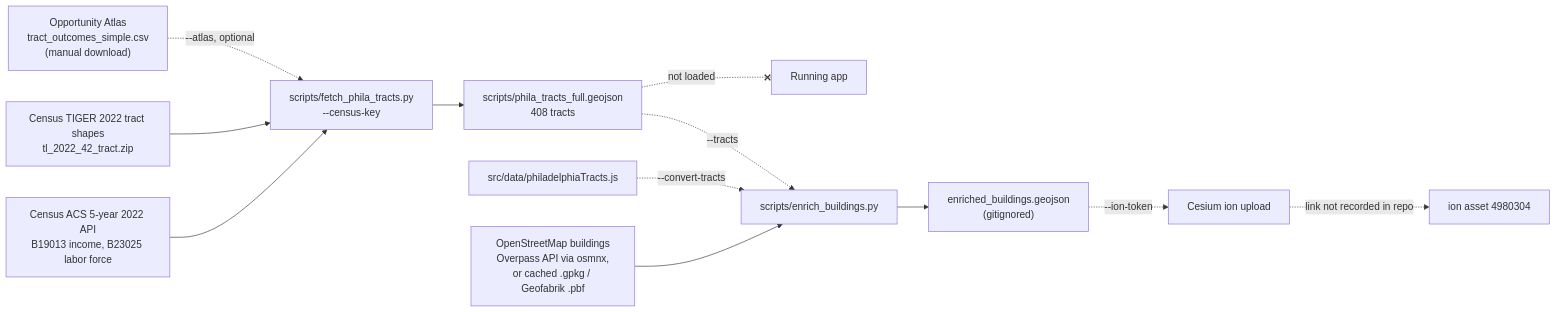
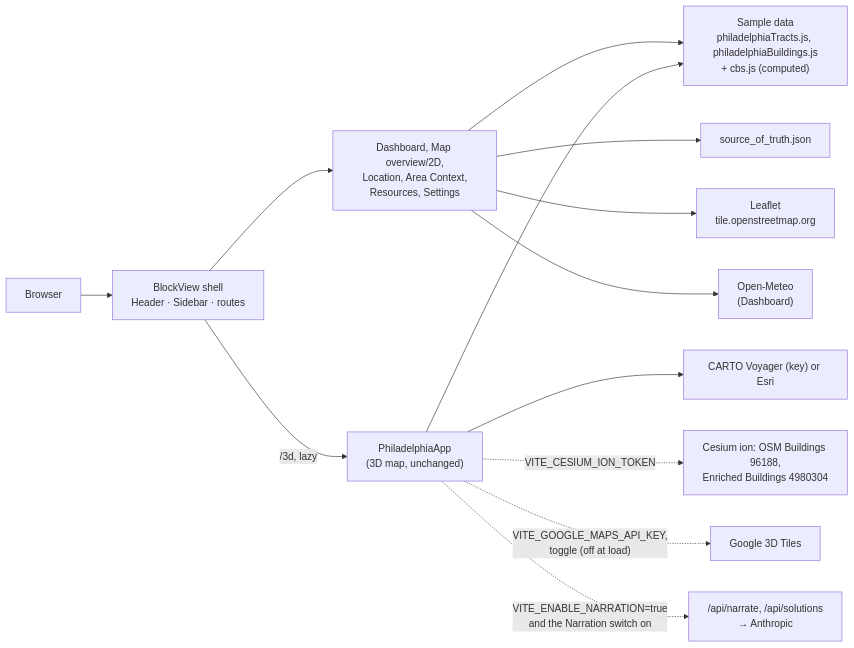
One commit to danbanned/Technical.ly changed the diagram in README.md. Above: the diagram before and after it, drawn with Mermaid. The commit also changed other lines of this file and 19 other files, not shown here.

First line of the commit message:
Docs: data-audit, README, CLAUDE.md, current-app inventory, archive

````diff
--- a/README.md
+++ b/README.md
@@ -87,16 +65,15 @@
 ```mermaid
 flowchart LR
-  ACS["Census ACS 5-year 2022 API<br/>B19013 income, B23025 labor force"] --> Fetch["scripts/fetch_phila_tracts.py<br/>--census-key"]
-  TIGER["Census TIGER 2022 tract shapes<br/>tl_2022_42_tract.zip"] --> Fetch
-  Atlas["Opportunity Atlas<br/>tract_outcomes_simple.csv<br/>(manual download)"] -.->|"--atlas, optional"| Fetch
-  Fetch --> Full["scripts/phila_tracts_full.geojson<br/>408 tracts"]
-
-  SeedJS["src/data/philadelphiaTracts.js"] -.->|"--convert-tracts"| Enrich
-  Full -.->|"--tracts"| Enrich["scripts/enrich_buildings.py"]
-  OSM["OpenStreetMap buildings<br/>Overpass API via osmnx,<br/>or cached .gpkg / Geofabrik .pbf"] --> Enrich
-  Enrich --> Out["enriched_buildings.geojson<br/>(gitignored)"]
-  Out -.->|"--ion-token"| IonUp["Cesium ion upload"]
-  IonUp -.->|"link not recorded in repo"| Asset["ion asset 4980304"]
-
-  Full -.-x|"not loaded"| AppNode["Running app"]
+  Browser --> Shell["BlockView shell<br/>Header · Sidebar · routes"]
+  Shell --> Pages["Dashboard, Map overview/2D,<br/>Location, Area Context,<br/>Resources, Settings"]
+  Shell -->|"/3d, lazy"| Map3D["PhiladelphiaApp<br/>(3D map, unchanged)"]
+  Pages --> Sample["Sample data<br/>philadelphiaTracts.js, philadelphiaBuildings.js<br/>+ cbs.js (computed)"]
+  Map3D --> Sample
+  Pages --> Registry["source_of_truth.json"]
+  Pages --> Leaflet["Leaflet<br/>tile.openstreetmap.org"]
+  Pages --> Weather["Open-Meteo<br/>(Dashboard)"]
+  Map3D --> Basemap["CARTO Voyager (key) or Esri"]
+  Map3D -.->|"VITE_CESIUM_ION_TOKEN"| Ion["Cesium ion: OSM Buildings 96188,<br/>Enriched Buildings 4980304"]
+  Map3D -.->|"VITE_GOOGLE_MAPS_API_KEY,<br/>toggle (off at load)"| Google["Google 3D Tiles"]
+  Map3D -.->|"VITE_ENABLE_NARRATION=true<br/>and the Narration switch on"| Api["/api/narrate, /api/solutions<br/>→ Anthropic"]
 ```
````
